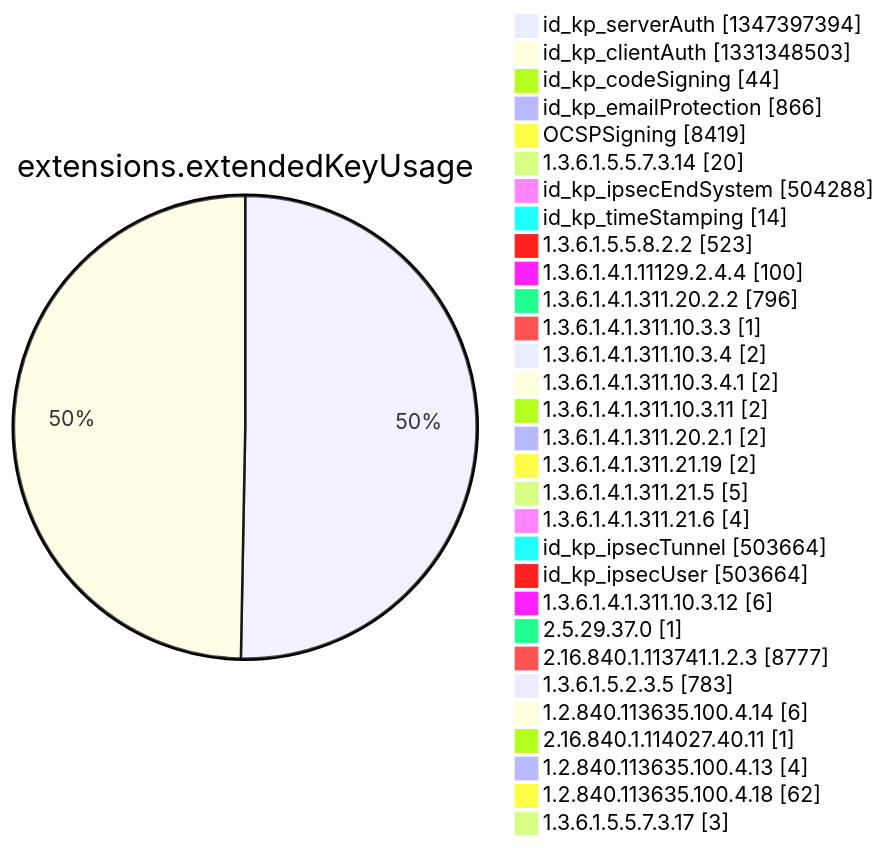
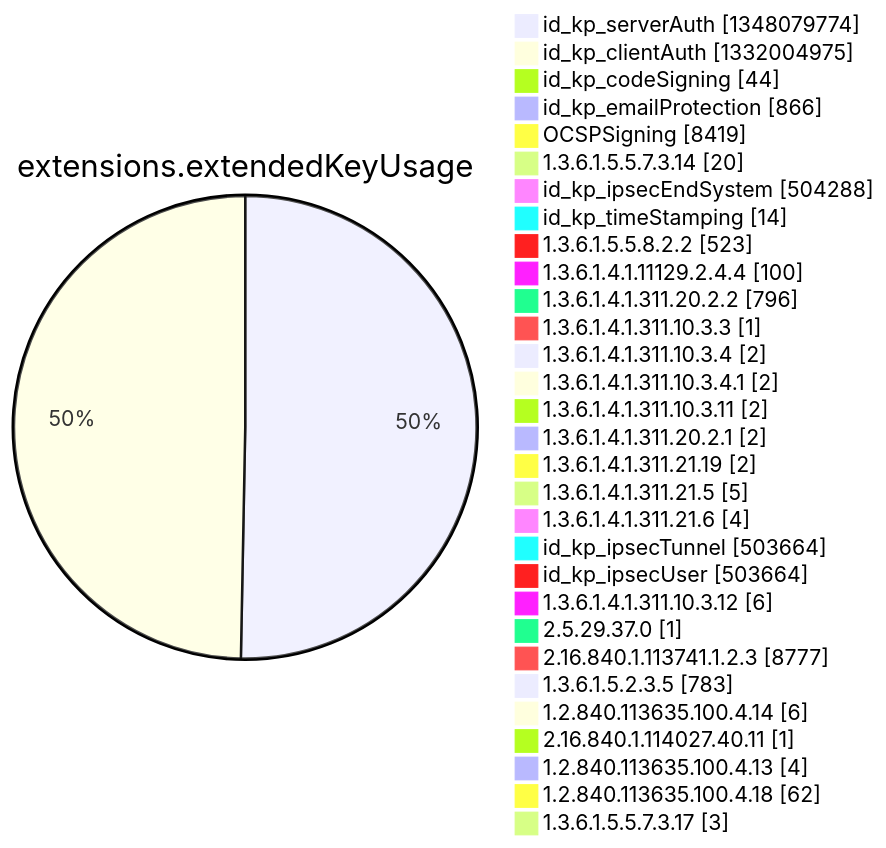
Diagram 12 of 15 in argon2022/README.md (christiankrug/ctmonitor_visualization), drawn with Mermaid before and after one commit. The commit also changed other lines of this file, not shown here.

````diff
--- a/argon2022/README.md
+++ b/argon2022/README.md
@@ -3553,34 +3553,34 @@
 ```mermaid
 pie showData
 title extensions.extendedKeyUsage
-"id_kp_serverAuth" :1347397394
-"id_kp_clientAuth" :1331348503
+"id_kp_serverAuth" :1348079774
+"id_kp_clientAuth" :1332004975
 "id_kp_codeSigning" :44
 "id_kp_emailProtection" :866
 "OCSPSigning" :8419
 "1.3.6.1.5.5.7.3.14" :20
 "id_kp_ipsecEndSystem" :504288
 "id_kp_timeStamping" :14
 "1.3.6.1.5.5.8.2.2" :523
 "1.3.6.1.4.1.11129.2.4.4" :100
 "1.3.6.1.4.1.311.20.2.2" :796
 "1.3.6.1.4.1.311.10.3.3" :1
 "1.3.6.1.4.1.311.10.3.4" :2
 "1.3.6.1.4.1.311.10.3.4.1" :2
 "1.3.6.1.4.1.311.10.3.11" :2
 "1.3.6.1.4.1.311.20.2.1" :2
 "1.3.6.1.4.1.311.21.19" :2
 "1.3.6.1.4.1.311.21.5" :5
 "1.3.6.1.4.1.311.21.6" :4
 "id_kp_ipsecTunnel" :503664
 "id_kp_ipsecUser" :503664
 "1.3.6.1.4.1.311.10.3.12" :6
 "2.5.29.37.0" :1
 "2.16.840.1.113741.1.2.3" :8777
 "1.3.6.1.5.2.3.5" :783
 "1.2.840.113635.100.4.14" :6
 "2.16.840.1.114027.40.11" :1
 "1.2.840.113635.100.4.13" :4
 "1.2.840.113635.100.4.18" :62
 "1.3.6.1.5.5.7.3.17" :3
 ```
````
